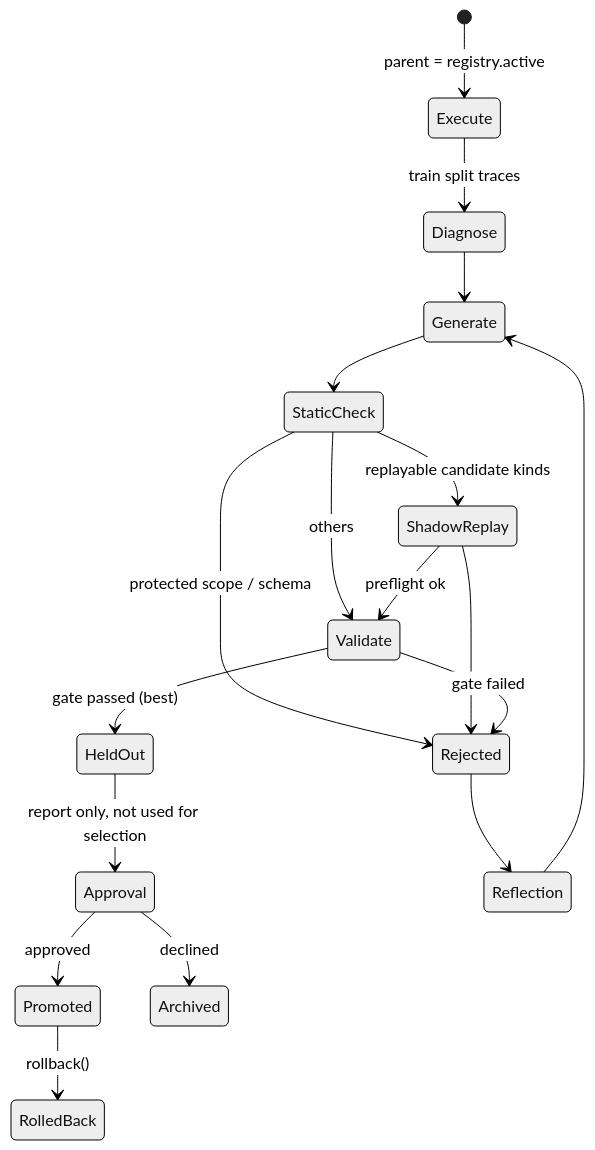
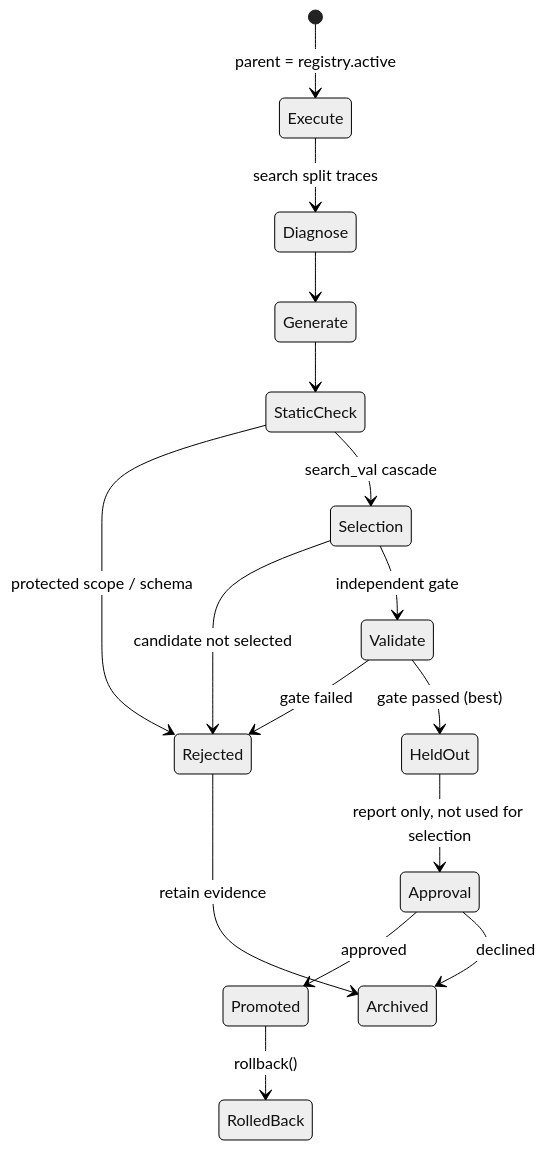
The diagram in docs/interfaces/improvement.md (HyloAI/hylo-harness), drawn with Mermaid (neutral theme) before and after one commit. The commit also changed other lines of this file, not shown here.

````diff
--- a/docs/interfaces/improvement.md
+++ b/docs/interfaces/improvement.md
@@ -8,20 +8,18 @@
 ```mermaid
 stateDiagram-v2
   [*] --> Execute: parent = registry.active
-  Execute --> Diagnose: train split traces
+  Execute --> Diagnose: search split traces
   Diagnose --> Generate
   Generate --> StaticCheck
   StaticCheck --> Rejected: protected scope / schema
-  StaticCheck --> ShadowReplay: replayable candidate kinds
-  StaticCheck --> Validate: others
-  ShadowReplay --> Validate: preflight ok
-  ShadowReplay --> Rejected
+  StaticCheck --> Selection: search_val cascade
+  Selection --> Rejected: candidate not selected
+  Selection --> Validate: independent gate
   Validate --> Rejected: gate failed
   Validate --> HeldOut: gate passed (best)
   HeldOut --> Approval: report only, not used for selection
   Approval --> Promoted: approved
   Approval --> Archived: declined
   Promoted --> RolledBack: rollback()
-  Rejected --> Reflection
-  Reflection --> Generate
+  Rejected --> Archived: retain evidence
 ```
````
